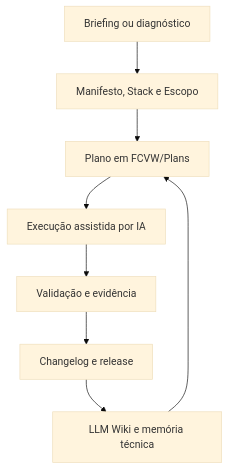
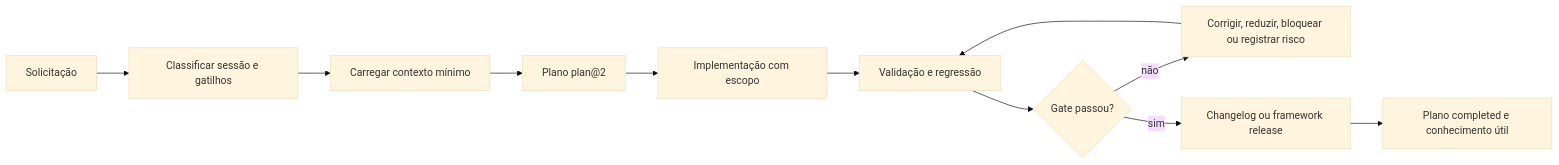
One commit to Sistema2D/FrameCode-VibeWork changed the diagram in README.md. Above: the diagram before and after it, drawn with Mermaid (base theme). The commit also changed other lines of this file and 169 other files, not shown here.

First line of the commit message:
Release FCVW V0.13.0 integrity and regression governance

````diff
--- a/README.md
+++ b/README.md
@@ -36,10 +95,13 @@
 ```mermaid
-flowchart TD
-    A["Briefing ou diagnóstico"] --> B["Manifesto, Stack e Escopo"]
-    B --> C["Plano em FCVW/Plans"]
-    C --> D["Execução assistida por IA"]
-    D --> E["Validação e evidência"]
-    E --> F["Changelog e release"]
-    F --> G["LLM Wiki e memória técnica"]
-    G --> C
+flowchart LR
+    A["Solicitação"] --> B["Classificar sessão e gatilhos"]
+    B --> C["Carregar contexto mínimo"]
+    C --> D["Plano plan@2"]
+    D --> E["Implementação com escopo"]
+    E --> F["Validação e regressão"]
+    F --> G{"Gate passou?"}
+    G -- "não" --> H["Corrigir, reduzir, bloquear ou registrar risco"]
+    H --> F
+    G -- "sim" --> I["Changelog ou framework release"]
+    I --> J["Plano completed e conhecimento útil"]
 ```
````
